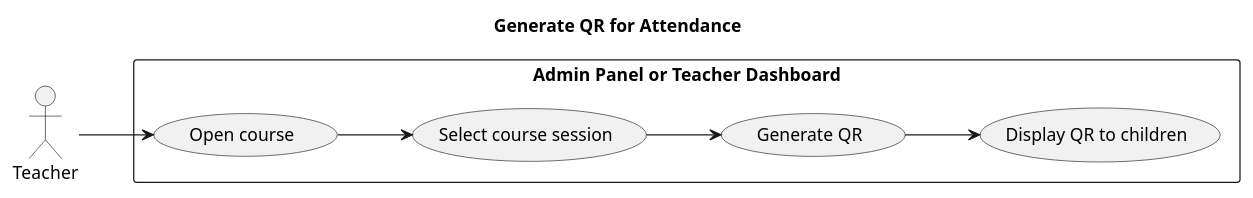
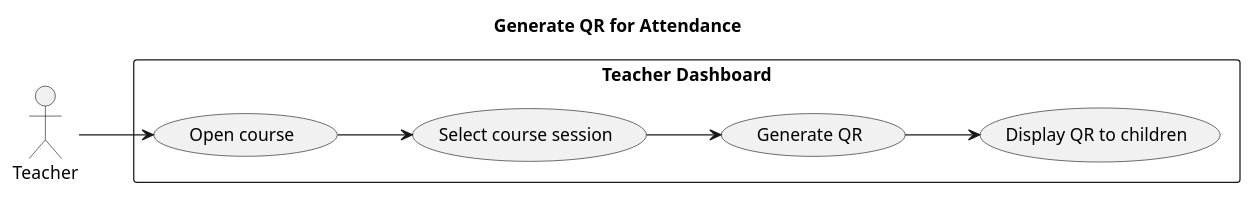
The diagram in Teacher/generate-qr-for-children-attendance.puml (Khatep/balaguide_usecases), drawn with PlantUML before and after one commit. The commit also changed 4 other files, not shown here.

```diff
--- a/Teacher/generate-qr-for-children-attendance.puml
+++ b/Teacher/generate-qr-for-children-attendance.puml
@@ -1,20 +1,20 @@
 @startuml
 title Generate QR for Attendance
 
 actor Teacher
 
 left to right direction
 
-rectangle "Admin Panel or Teacher Dashboard" {
+rectangle "Teacher Dashboard" {
   usecase "Open course" as UC_OpenCourse
   usecase "Select course session" as UC_OpenSession
   usecase "Generate QR" as UC_GenerateQR
   usecase "Display QR to children" as UC_DisplayQR
 }
 
 Teacher --> UC_OpenCourse
 UC_OpenCourse --> UC_OpenSession
 UC_OpenSession --> UC_GenerateQR
 UC_GenerateQR --> UC_DisplayQR
 
 @enduml
```
